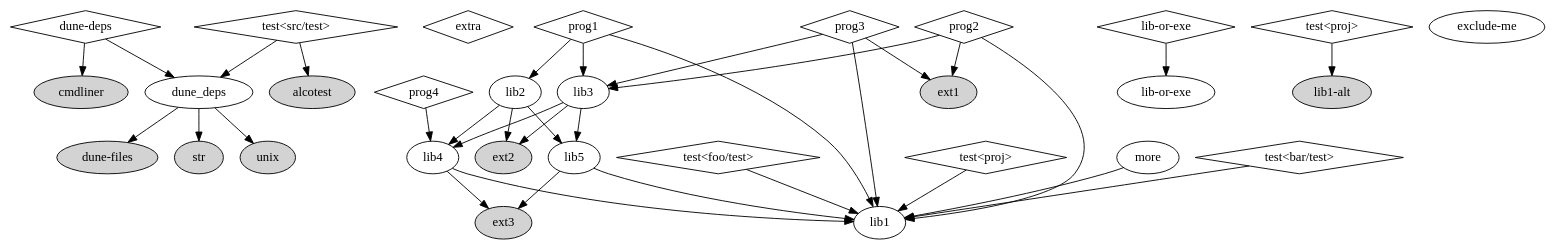
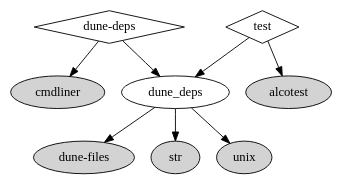
The diagram in .deps/deps.dot (mjambon/dune-deps), drawn with Graphviz before and after one commit. The commit also changed 1 other file, not shown here.

Commit message:
Update dependency graph

```diff
--- a/.deps/deps.dot
+++ b/.deps/deps.dot
@@ -1,65 +1,17 @@
 digraph {
-  "exe:./src/bin/dune:0" [label="dune-deps",shape=diamond]
-  "exe:./src/test/dune:0" [label="test<src/test>",shape=diamond]
-  "exe:./test/extra-proj/dune:0" [label="extra",shape=diamond]
-  "exe:./test/proj/bar/test/dune:0" [label="test<bar/test>",shape=diamond]
-  "exe:./test/proj/foo/test/dune:0" [label="test<foo/test>",shape=diamond]
-  "exe:./test/proj/dune:10" [label="lib-or-exe",shape=diamond]
-  "exe:./test/proj/dune:0" [label="prog1",shape=diamond]
-  "exe:./test/proj/dune:1" [label="prog2",shape=diamond]
-  "exe:./test/proj/dune:2" [label="prog3",shape=diamond]
-  "exe:./test/proj/dune:3" [label="prog4",shape=diamond]
-  "exe:./test/proj/dune:11" [label="test<proj>",shape=diamond]
-  "exe:./test/proj/dune:12" [label="test<proj>",shape=diamond]
+  "exe:src/bin/dune:0" [label="dune-deps",shape=diamond]
+  "exe:src/test/dune:0" [label="test",shape=diamond]
   "lib:alcotest" [label="alcotest",style=filled]
   "lib:cmdliner" [label="cmdliner",style=filled]
   "lib:dune-files" [label="dune-files",style=filled]
   "lib:dune_deps" [label="dune_deps"]
-  "lib:exclude-me" [label="exclude-me"]
-  "lib:ext1" [label="ext1",style=filled]
-  "lib:ext2" [label="ext2",style=filled]
-  "lib:ext3" [label="ext3",style=filled]
-  "lib:lib-or-exe" [label="lib-or-exe"]
-  "lib:lib1" [label="lib1"]
-  "lib:lib1-alt" [label="lib1-alt",style=filled]
-  "lib:lib2" [label="lib2"]
-  "lib:lib3" [label="lib3"]
-  "lib:lib4" [label="lib4"]
-  "lib:lib5" [label="lib5"]
-  "lib:more" [label="more"]
   "lib:str" [label="str",style=filled]
   "lib:unix" [label="unix",style=filled]
-  "exe:./src/bin/dune:0" -> "lib:dune_deps"
-  "exe:./src/bin/dune:0" -> "lib:cmdliner"
-  "exe:./src/test/dune:0" -> "lib:dune_deps"
-  "exe:./src/test/dune:0" -> "lib:alcotest"
-  "exe:./test/proj/bar/test/dune:0" -> "lib:lib1"
-  "exe:./test/proj/foo/test/dune:0" -> "lib:lib1"
-  "exe:./test/proj/dune:10" -> "lib:lib-or-exe"
-  "exe:./test/proj/dune:0" -> "lib:lib1"
-  "exe:./test/proj/dune:0" -> "lib:lib2"
-  "exe:./test/proj/dune:0" -> "lib:lib3"
-  "exe:./test/proj/dune:1" -> "lib:lib1"
-  "exe:./test/proj/dune:1" -> "lib:lib3"
-  "exe:./test/proj/dune:1" -> "lib:ext1"
-  "exe:./test/proj/dune:2" -> "lib:lib1"
-  "exe:./test/proj/dune:2" -> "lib:lib3"
-  "exe:./test/proj/dune:2" -> "lib:ext1"
-  "exe:./test/proj/dune:3" -> "lib:lib4"
-  "exe:./test/proj/dune:11" -> "lib:lib1"
-  "exe:./test/proj/dune:12" -> "lib:lib1-alt"
+  "exe:src/bin/dune:0" -> "lib:dune_deps"
+  "exe:src/bin/dune:0" -> "lib:cmdliner"
+  "exe:src/test/dune:0" -> "lib:dune_deps"
+  "exe:src/test/dune:0" -> "lib:alcotest"
   "lib:dune_deps" -> "lib:dune-files"
   "lib:dune_deps" -> "lib:str"
   "lib:dune_deps" -> "lib:unix"
-  "lib:lib2" -> "lib:lib4"
-  "lib:lib2" -> "lib:lib5"
-  "lib:lib2" -> "lib:ext2"
-  "lib:lib3" -> "lib:lib4"
-  "lib:lib3" -> "lib:lib5"
-  "lib:lib3" -> "lib:ext2"
-  "lib:lib4" -> "lib:lib1"
-  "lib:lib4" -> "lib:ext3"
-  "lib:lib5" -> "lib:lib1"
-  "lib:lib5" -> "lib:ext3"
-  "lib:more" -> "lib:lib1"
 }
```
